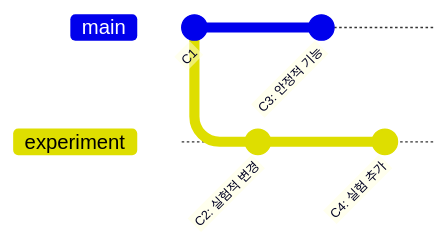
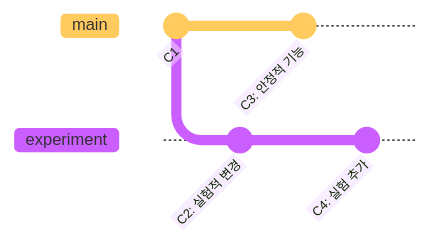
Before and after one commit to jingu279/Document: the second of 2 diagrams in git/05_브랜치와_병합/01_브랜치란.md, drawn with Mermaid. The commit also changed other lines of this file and 24 other files, not shown here.

First line of the commit message:
Git 문서 전체 Mermaid 다이어그램 스타일링 통일

````diff
--- a/git/05_브랜치와_병합/01_브랜치란.md
+++ b/git/05_브랜치와_병합/01_브랜치란.md
@@ -58,12 +68,13 @@
 ```mermaid
+%%{init: {'theme': 'base', 'themeVariables': {'fontSize': '13px'}}}%%
 gitGraph
    commit id: "C1"
-   branch experiment
-   checkout experiment
-   commit id: "C2: 실험적 변경"
-   checkout main
-   commit id: "C3: 안정적 기능"
-   checkout experiment
-   commit id: "C4: 실험 추가"
-   checkout main
+    branch experiment
+    checkout experiment
+    commit id: "C2: 실험적 변경"
+    checkout main
+    commit id: "C3: 안정적 기능"
+    checkout experiment
+    commit id: "C4: 실험 추가"
+    checkout main
 ```
````
